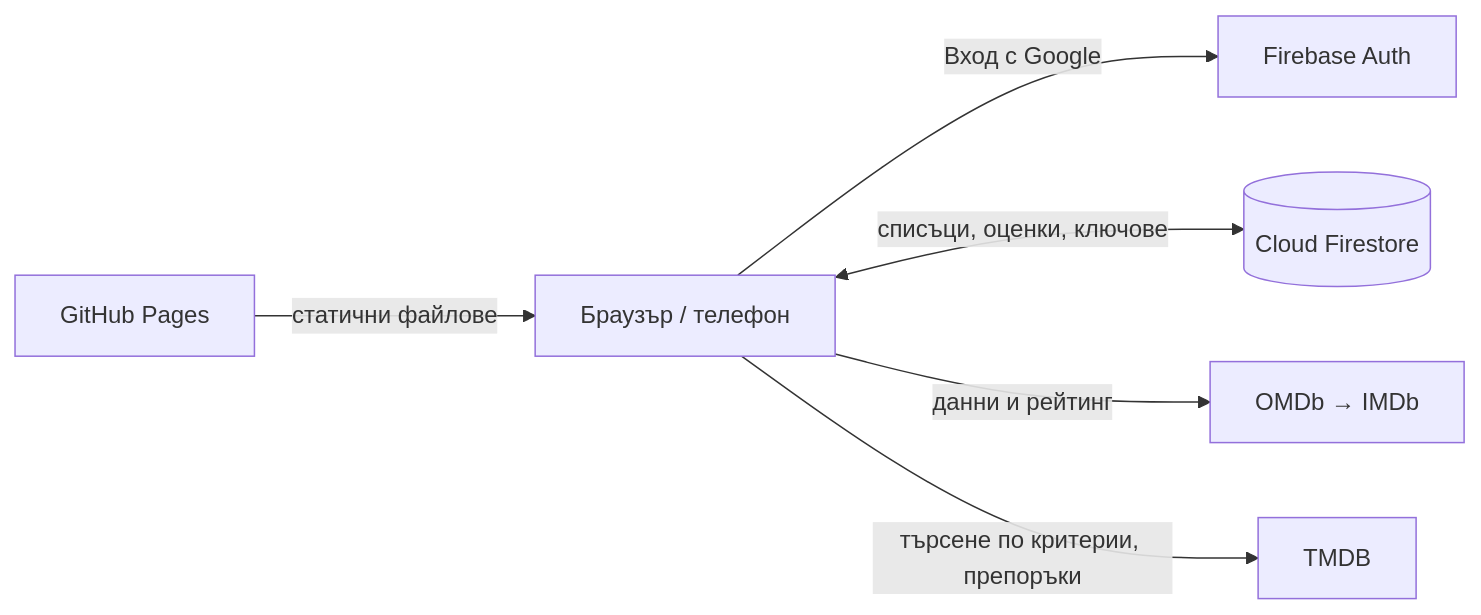
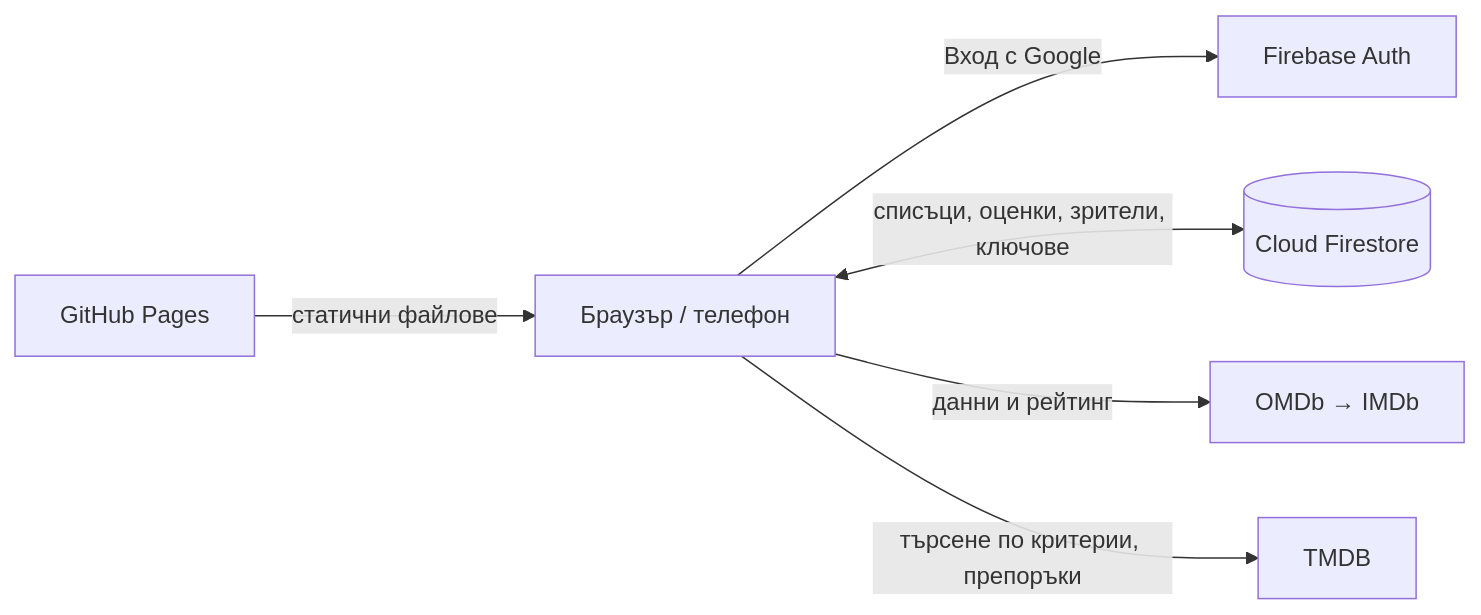
One commit to VelkovIv/w2w changed the diagram in README.md. Above: the diagram before and after it, drawn with Mermaid. The commit also changed other lines of this file and 6 other files, not shown here.

````diff
--- a/README.md
+++ b/README.md
@@ -56,8 +62,8 @@
 ```mermaid
 flowchart LR
   U[Браузър / телефон] -->|Вход с Google| A[Firebase Auth]
-  U <-->|списъци, оценки, ключове| F[(Cloud Firestore)]
+  U <-->|списъци, оценки, зрители, ключове| F[(Cloud Firestore)]
   U -->|данни и рейтинг| O[OMDb → IMDb]
   U -->|търсене по критерии, препоръки| T[TMDB]
   G[GitHub Pages] -->|статични файлове| U
 ```
````
